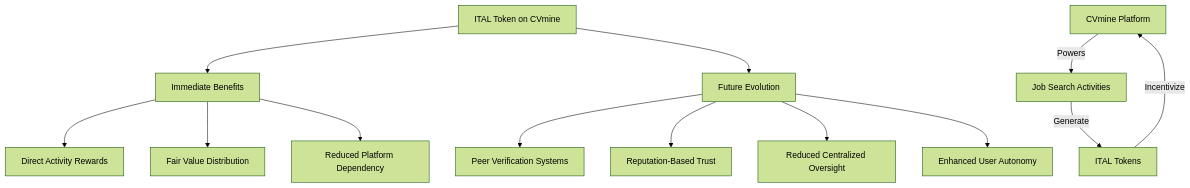
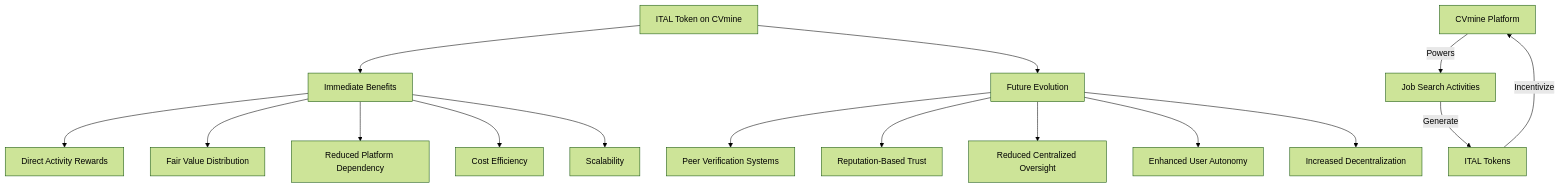
Diagram 25 of 25 in whitepaper.md (karthikhosur/italtoken), drawn with Mermaid (forest theme) before and after one commit. The commit also changed other lines of this file, not shown here.

````diff
--- a/whitepaper.md
+++ b/whitepaper.md
@@ -692,18 +1032,21 @@
 ```mermaid
 graph TD
     A[ITAL Token on CVmine] --> B[Immediate Benefits]
     A --> C[Future Evolution]
     
     B --> D[Direct Activity Rewards]
     B --> E[Fair Value Distribution]
     B --> F[Reduced Platform Dependency]
+    B --> G[Cost Efficiency]
+    B --> H[Scalability]
     
-    C --> G[Peer Verification Systems]
-    C --> H[Reputation-Based Trust]
-    C --> I[Reduced Centralized Oversight]
-    C --> J[Enhanced User Autonomy]
+    C --> I[Peer Verification Systems]
+    C --> J[Reputation-Based Trust]
+    C --> K[Reduced Centralized Oversight]
+    C --> L[Enhanced User Autonomy]
+    C --> M[Increased Decentralization]
     
-    K[CVmine Platform] -->|Powers| L[Job Search Activities]
-    L -->|Generate| M[ITAL Tokens]
-    M -->|Incentivize| K
+    N[CVmine Platform] -->|Powers| O[Job Search Activities]
+    O -->|Generate| P[ITAL Tokens]
+    P -->|Incentivize| N
 ```
````
